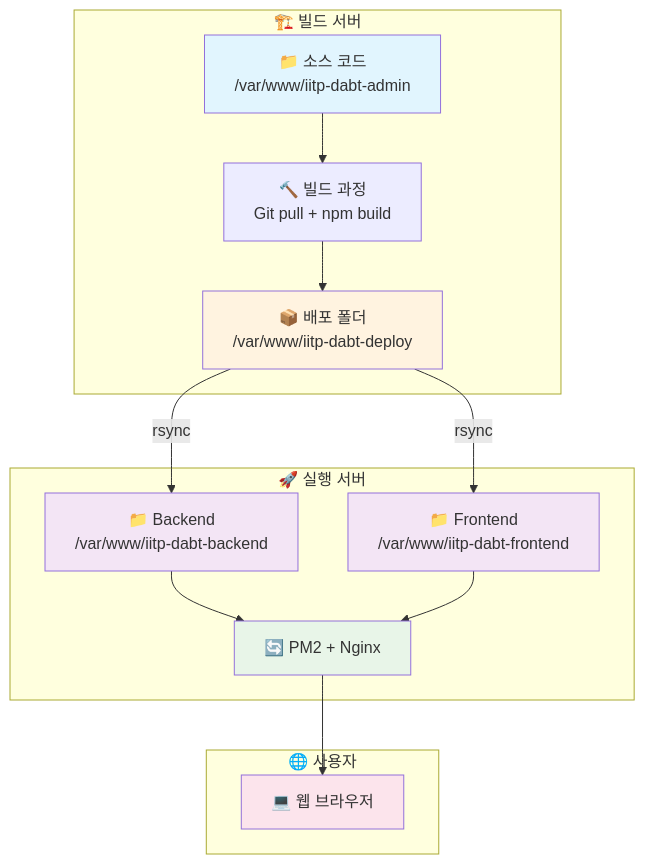
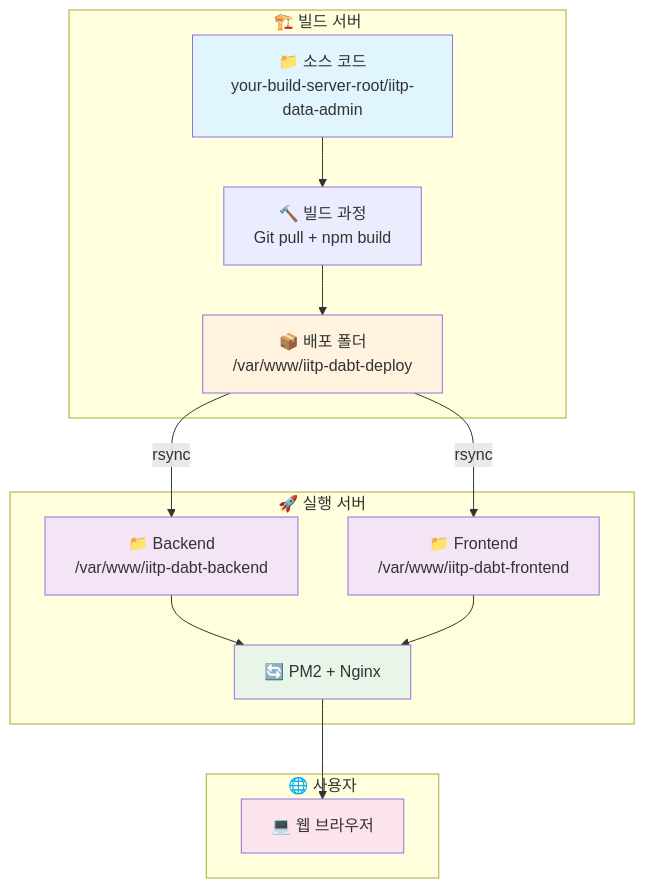
One commit to sweetk-dev/05-IITP-DABT-Admin changed the fourth of 8 diagrams in script/README-SERVER-DEPLOYMENT.md. Above: the diagram before and after it, drawn with Mermaid. The commit also changed other lines of this file and 3 other files, not shown here.

````diff
--- a/script/README-SERVER-DEPLOYMENT.md
+++ b/script/README-SERVER-DEPLOYMENT.md
@@ -64,33 +64,33 @@
 ```mermaid
 graph TB
     subgraph "🏗️ 빌드 서버"
-        A[📁 소스 코드<br/>/var/www/iitp-dabt-admin]
+        A[📁 소스 코드<br/>your-build-server-root/iitp-data-admin]
         B[🔨 빌드 과정<br/>Git pull + npm build]
         C[📦 배포 폴더<br/>/var/www/iitp-dabt-deploy]
     end
     
     subgraph "🚀 실행 서버"
         D[📁 Backend<br/>/var/www/iitp-dabt-backend]
         E[📁 Frontend<br/>/var/www/iitp-dabt-frontend]
         F[🔄 PM2 + Nginx]
     end
     
     subgraph "🌐 사용자"
         G[💻 웹 브라우저]
     end
     
     A --> B
     B --> C
     C -->|rsync| D
     C -->|rsync| E
     D --> F
     E --> F
     F --> G
     
     style A fill:#e1f5fe
     style C fill:#fff3e0
     style D fill:#f3e5f5
     style E fill:#f3e5f5
     style F fill:#e8f5e8
     style G fill:#fce4ec
 ```
````
